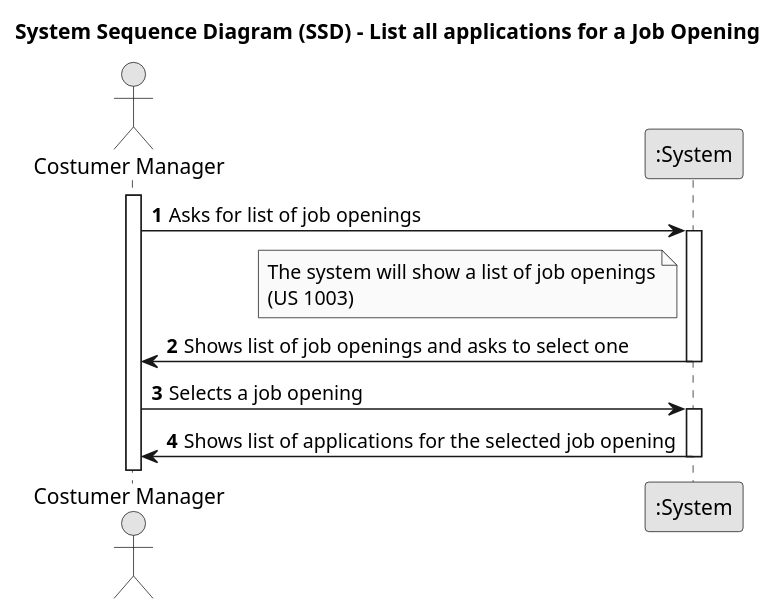
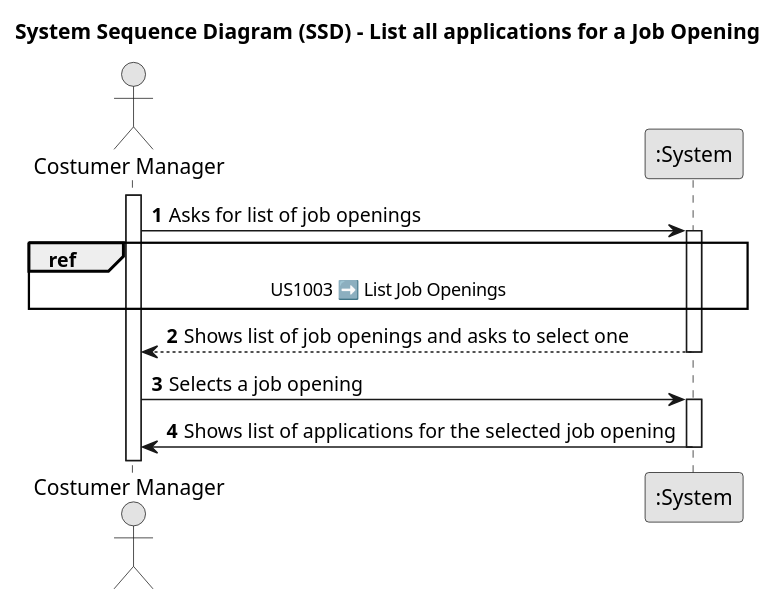
One commit to PureNimble/ISEP-LAPR4 changed the diagram in docs/sprintb/us_1005/01.requirements-engineering/puml/SSD-US1005-listApplicationsOfJobOpening.puml. Above: the diagram before and after it, drawn with PlantUML.

Commit message:
ref #39 Engineering Requirements for US-1005
- Updated SSD for listing all applications for a Job Opening

```diff
--- a/docs/sprintb/us_1005/01.requirements-engineering/puml/SSD-US1005-listApplicationsOfJobOpening.puml
+++ b/docs/sprintb/us_1005/01.requirements-engineering/puml/SSD-US1005-listApplicationsOfJobOpening.puml
@@ -1,30 +1,31 @@
 @startuml
 skinparam monochrome true
 skinparam packageStyle rectangle
 skinparam shadowing false
 
 title System Sequence Diagram (SSD) - List all applications for a Job Opening
 
 autonumber
 
 actor "Costumer Manager" as Manager
 participant ":System" as System
 
 activate Manager
 
     Manager -> System : Asks for list of job openings
-    activate System
-
-        note left of System : The system will show a list of job openings\n(US 1003)
-        System -> Manager : Shows list of job openings and asks to select one
-
-    deactivate System
+        activate System
+    
+        ref over System, Manager : US1003 ➡️ List Job Openings
+    
+        System --> Manager : Shows list of job openings and asks to select one
+    
+        deactivate System
 
     Manager -> System : Selects a job opening
     activate System
 
         System -> Manager : Shows list of applications for the selected job opening
 
     deactivate System
     
 @enduml
```
